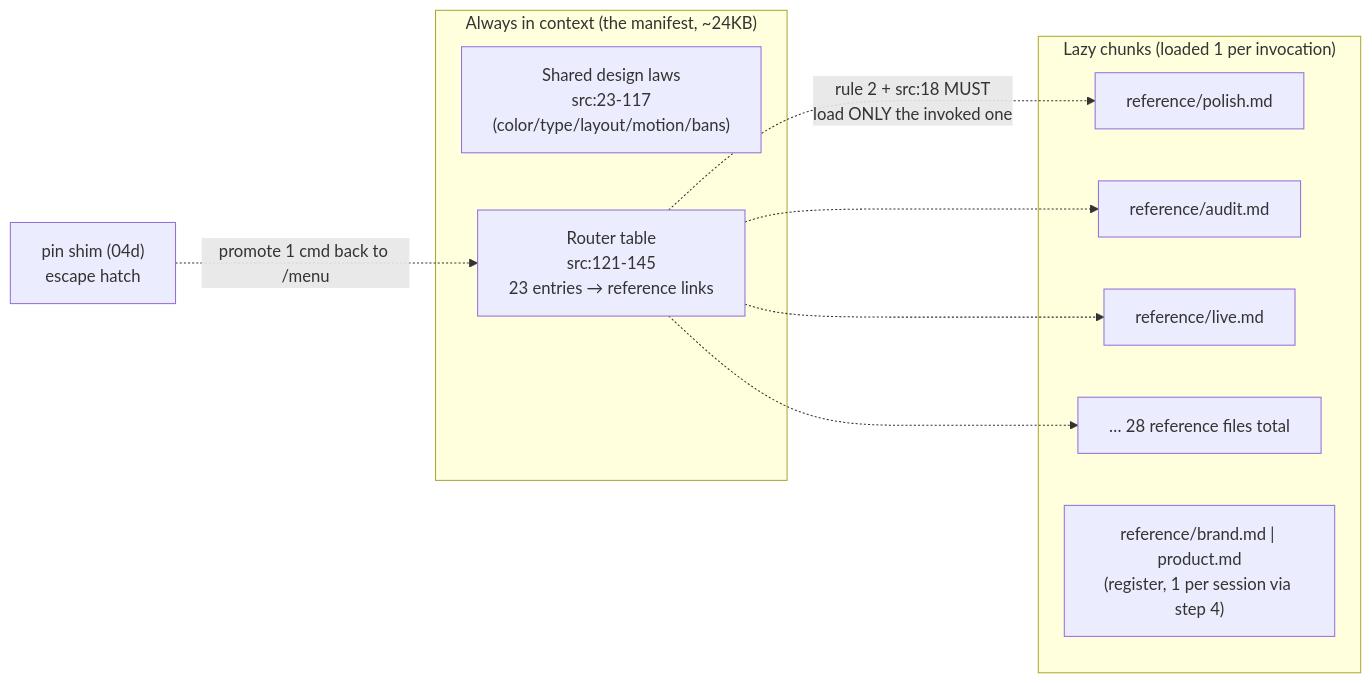
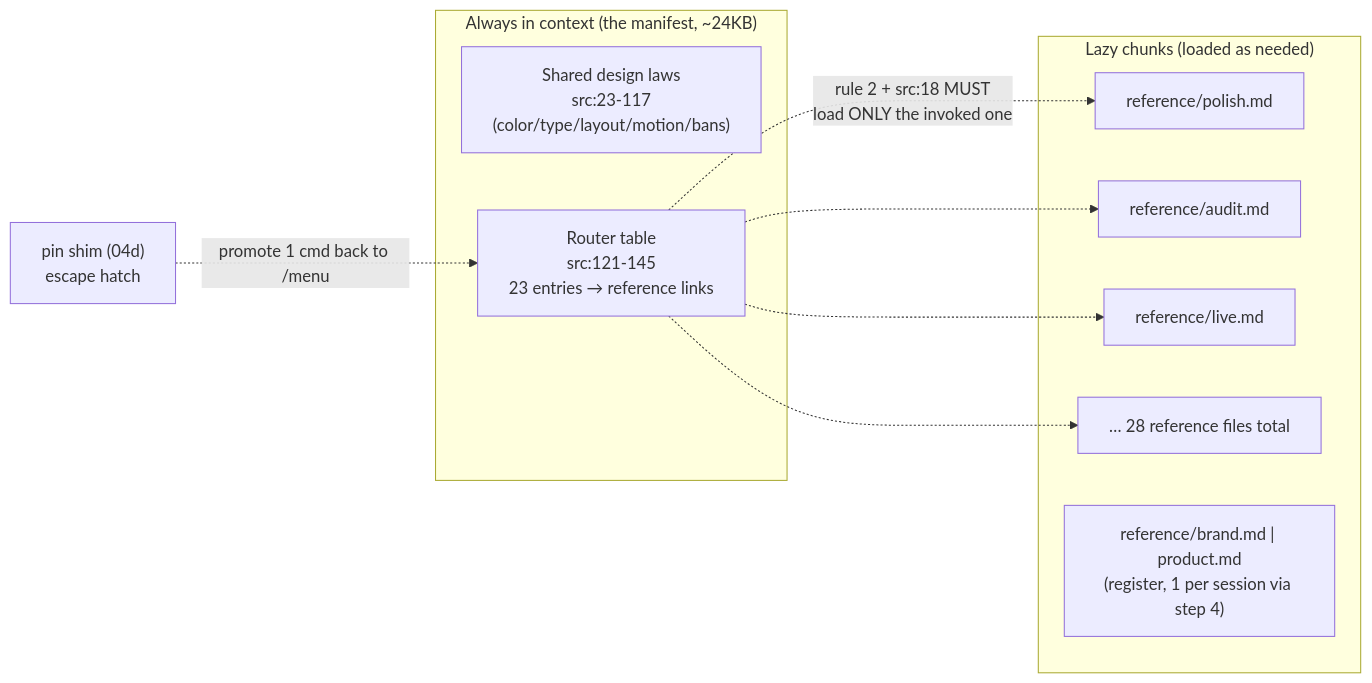
One commit to martinmoradi/yoinkit changed the second of 4 diagrams in audit/impeccable/reports/04-skill-harness/04c-runtime-routing-and-context.md. Above: the diagram before and after it, drawn with Mermaid. The commit also changed other lines of this file and 28 other files, not shown here.

````diff
--- a/audit/impeccable/reports/04-skill-harness/04c-runtime-routing-and-context.md
+++ b/audit/impeccable/reports/04-skill-harness/04c-runtime-routing-and-context.md
@@ -321,19 +325,19 @@
 ```mermaid
 flowchart LR
   subgraph ALWAYS["Always in context (the manifest, ~24KB)"]
     LAWS["Shared design laws\nsrc:23-117\n(color/type/layout/motion/bans)"]
     TABLE["Router table\nsrc:121-145\n23 entries → reference links"]
   end
-  subgraph LAZY["Lazy chunks (loaded 1 per invocation)"]
+  subgraph LAZY["Lazy chunks (loaded as needed)"]
     R1["reference/polish.md"]
     R2["reference/audit.md"]
     R3["reference/live.md"]
     RDOTS["… 28 reference files total"]
     REG["reference/brand.md | product.md\n(register, 1 per session via step 4)"]
   end
   TABLE -. "rule 2 + src:18 MUST\nload ONLY the invoked one" .-> R1
   TABLE -.-> R2
   TABLE -.-> R3
   TABLE -.-> RDOTS
   PIN["pin shim (04d)\nescape hatch"] -. "promote 1 cmd back to /menu" .-> TABLE
 ```
````
